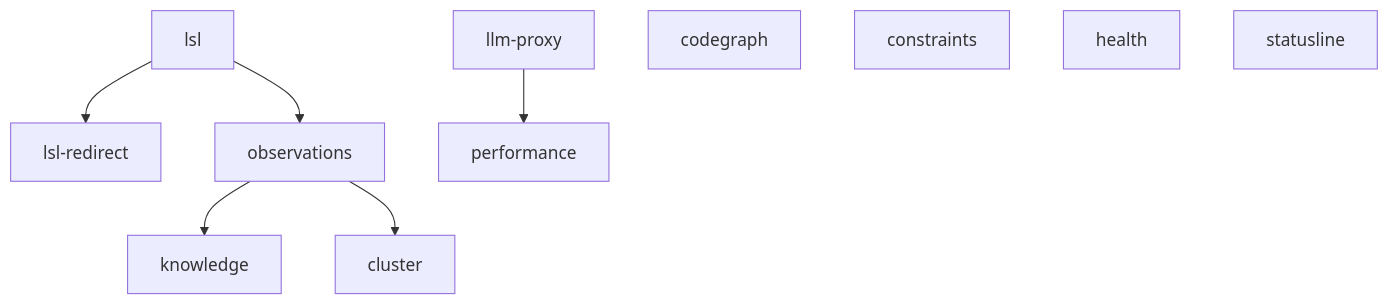
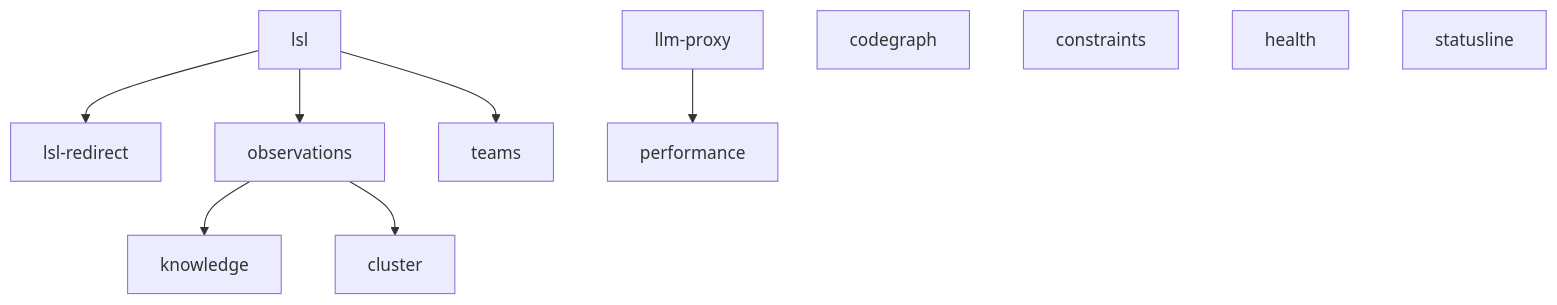
Before and after one commit to fwornle/coding: the diagram in docs/architecture/features.md, drawn with Mermaid. The commit also changed other lines of this file and 18 other files, not shown here.

````diff
--- a/docs/architecture/features.md
+++ b/docs/architecture/features.md
@@ -38,12 +39,13 @@
 ```mermaid
 graph TD
     lsl --> lslredirect["lsl-redirect"]
     lsl --> observations
     observations --> knowledge
     llmproxy["llm-proxy"] --> performance
     observations --> cluster
+    lsl --> teams
     codegraph
     constraints
     health
     statusline
 ```
````
